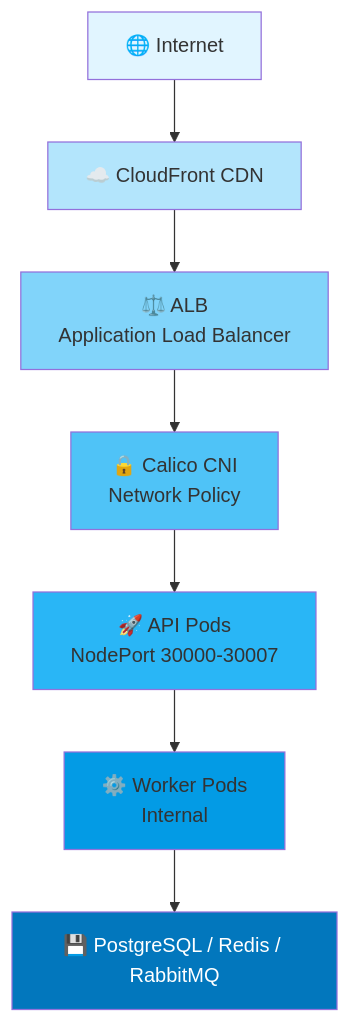
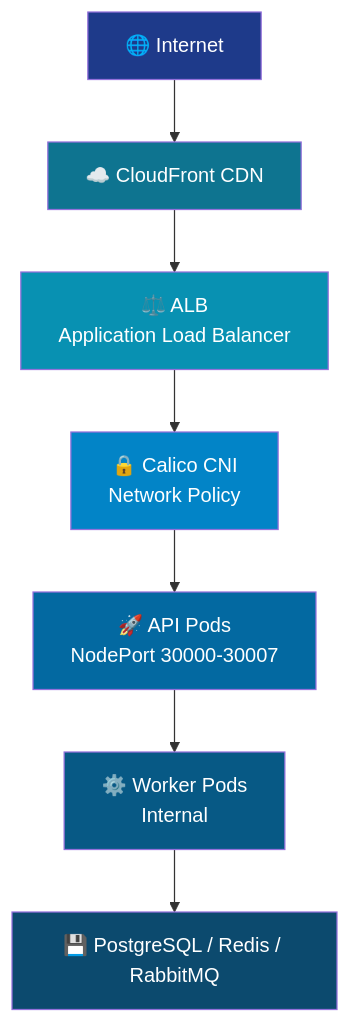
Before and after one commit to SeSACTHON/backend: the second of 5 diagrams in README.md, drawn with Mermaid. The commit also changed other lines of this file and 24 other files, not shown here.

````diff
--- a/README.md
+++ b/README.md
@@ -116,17 +116,17 @@
 ```mermaid
 graph TD
     A[🌐 Internet] --> B[☁️ CloudFront CDN]
     B --> C[⚖️ ALB<br/>Application Load Balancer]
     C --> D[🔒 Calico CNI<br/>Network Policy]
     D --> E[🚀 API Pods<br/>NodePort 30000-30007]
     E --> F[⚙️ Worker Pods<br/>Internal]
     F --> G[💾 PostgreSQL / Redis / RabbitMQ]
     
-    style A fill:#e1f5ff
-    style B fill:#b3e5fc
-    style C fill:#81d4fa
-    style D fill:#4fc3f7
-    style E fill:#29b6f6
-    style F fill:#039be5
-    style G fill:#0277bd,color:#fff
+    style A fill:#1e3a8a,color:#fff
+    style B fill:#0e7490,color:#fff
+    style C fill:#0891b2,color:#fff
+    style D fill:#0284c7,color:#fff
+    style E fill:#0369a1,color:#fff
+    style F fill:#075985,color:#fff
+    style G fill:#0c4a6e,color:#fff
 ```
````
